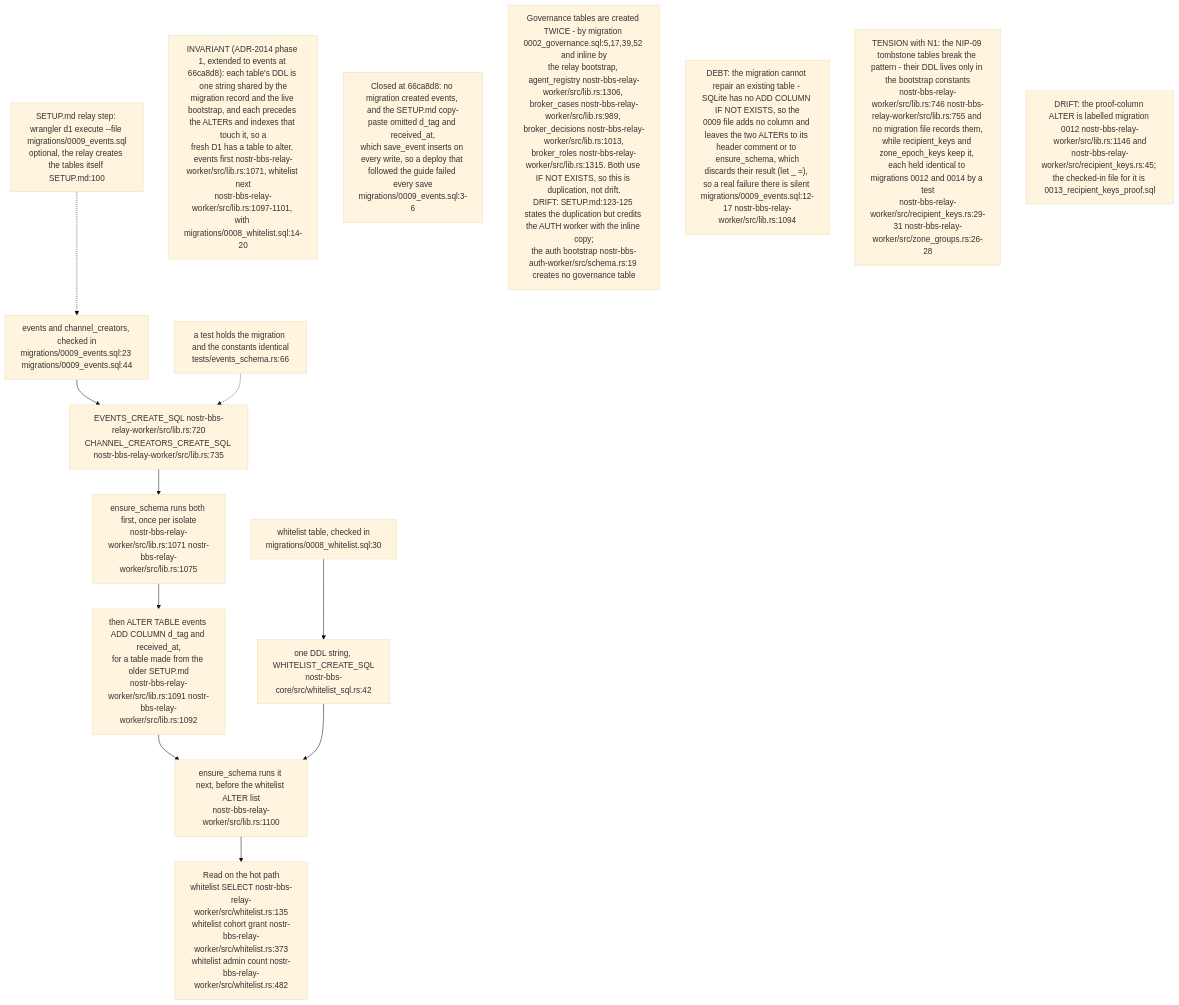
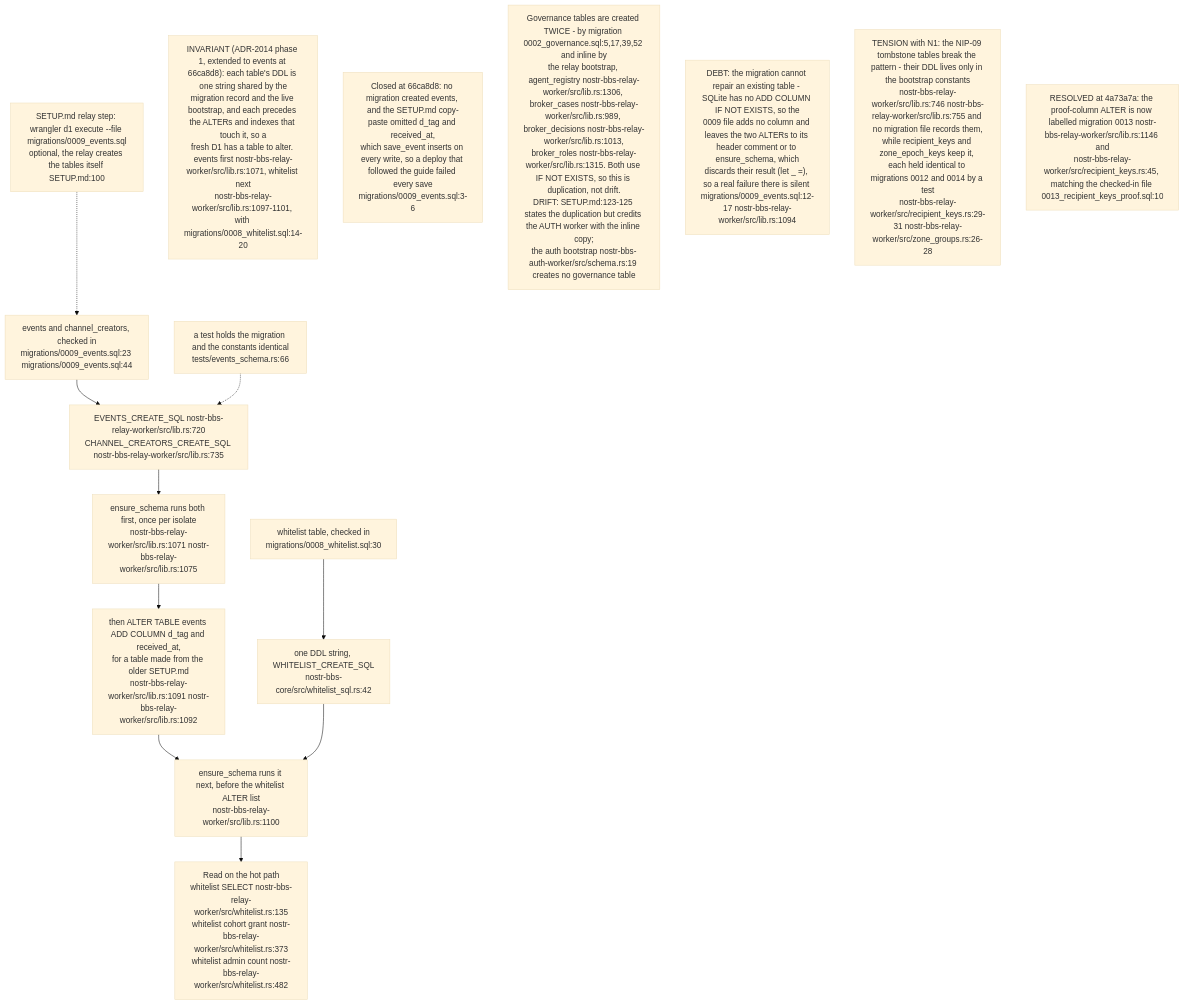
One commit to DreamLab-AI/VisionFlow changed the sixth of 13 diagrams in docs/diagrams/nostr-rust-forum/08-config-zones-stores-and-admin-authority.md. Above: the diagram before and after it, drawn with Mermaid (base theme). The commit also changed other lines of this file and 11 other files, not shown here.

````diff
--- a/docs/diagrams/nostr-rust-forum/08-config-zones-stores-and-admin-authority.md
+++ b/docs/diagrams/nostr-rust-forum/08-config-zones-stores-and-admin-authority.md
@@ -227,28 +228,28 @@
 ```mermaid
 flowchart TB
     SETUP["SETUP.md relay step: wrangler d1 execute --file migrations/0009_events.sql<br/>optional, the relay creates the tables itself SETUP.md:100"]
     MIGE["events and channel_creators, checked in<br/>migrations/0009_events.sql:23 migrations/0009_events.sql:44"]
     CONSTE["EVENTS_CREATE_SQL nostr-bbs-relay-worker/src/lib.rs:720<br/>CHANNEL_CREATORS_CREATE_SQL nostr-bbs-relay-worker/src/lib.rs:735"]
     TEST["a test holds the migration and the constants identical<br/>tests/events_schema.rs:66"]
     ENSE["ensure_schema runs both first, once per isolate<br/>nostr-bbs-relay-worker/src/lib.rs:1071 nostr-bbs-relay-worker/src/lib.rs:1075"]
     ALT["then ALTER TABLE events ADD COLUMN d_tag and received_at,<br/>for a table made from the older SETUP.md<br/>nostr-bbs-relay-worker/src/lib.rs:1091 nostr-bbs-relay-worker/src/lib.rs:1092"]
     MIG["whitelist table, checked in<br/>migrations/0008_whitelist.sql:30"]
     CORE["one DDL string, WHITELIST_CREATE_SQL<br/>nostr-bbs-core/src/whitelist_sql.rs:42"]
     ENS["ensure_schema runs it next, before the whitelist ALTER list<br/>nostr-bbs-relay-worker/src/lib.rs:1100"]
     READERS["Read on the hot path<br/>whitelist SELECT nostr-bbs-relay-worker/src/whitelist.rs:135<br/>whitelist cohort grant nostr-bbs-relay-worker/src/whitelist.rs:373<br/>whitelist admin count nostr-bbs-relay-worker/src/whitelist.rs:482"]
 
     SETUP -.-> MIGE
     MIGE --> CONSTE
     TEST -.-> CONSTE
     CONSTE --> ENSE --> ALT --> ENS
     MIG --> CORE
     CORE --> ENS
     ENS --> READERS
 
     N1["INVARIANT (ADR-2014 phase 1, extended to events at 66ca8d8): each table's DDL is one string shared by the<br/>migration record and the live bootstrap, and each precedes the ALTERs and indexes that touch it, so a<br/>fresh D1 has a table to alter. events first nostr-bbs-relay-worker/src/lib.rs:1071, whitelist next<br/>nostr-bbs-relay-worker/src/lib.rs:1097-1101, with migrations/0008_whitelist.sql:14-20"]
     N2["Closed at 66ca8d8: no migration created events, and the SETUP.md copy-paste omitted d_tag and received_at,<br/>which save_event inserts on every write, so a deploy that followed the guide failed every save<br/>migrations/0009_events.sql:3-6"]
     N3["Governance tables are created TWICE - by migration 0002_governance.sql:5,17,39,52 and inline by<br/>the relay bootstrap, agent_registry nostr-bbs-relay-worker/src/lib.rs:1306, broker_cases nostr-bbs-relay-worker/src/lib.rs:989, broker_decisions nostr-bbs-relay-worker/src/lib.rs:1013,<br/>broker_roles nostr-bbs-relay-worker/src/lib.rs:1315. Both use IF NOT EXISTS, so this is duplication, not drift.<br/>DRIFT: SETUP.md:123-125 states the duplication but credits the AUTH worker with the inline copy;<br/>the auth bootstrap nostr-bbs-auth-worker/src/schema.rs:19 creates no governance table"]
     N4["DEBT: the migration cannot repair an existing table - SQLite has no ADD COLUMN IF NOT EXISTS, so the<br/>0009 file adds no column and leaves the two ALTERs to its header comment or to ensure_schema, which<br/>discards their result (let _ =), so a real failure there is silent migrations/0009_events.sql:12-17 nostr-bbs-relay-worker/src/lib.rs:1094"]
     N5["TENSION with N1: the NIP-09 tombstone tables break the pattern - their DDL lives only in the bootstrap constants<br/>nostr-bbs-relay-worker/src/lib.rs:746 nostr-bbs-relay-worker/src/lib.rs:755 and no migration file records them,<br/>while recipient_keys and zone_epoch_keys keep it, each held identical to migrations 0012 and 0014 by a test<br/>nostr-bbs-relay-worker/src/recipient_keys.rs:29-31 nostr-bbs-relay-worker/src/zone_groups.rs:26-28"]
-    N6["DRIFT: the proof-column ALTER is labelled migration 0012 nostr-bbs-relay-worker/src/lib.rs:1146 and<br/>nostr-bbs-relay-worker/src/recipient_keys.rs:45; the checked-in file for it is 0013_recipient_keys_proof.sql"]
+    N6["RESOLVED at 4a73a7a: the proof-column ALTER is now labelled migration 0013 nostr-bbs-relay-worker/src/lib.rs:1146 and<br/>nostr-bbs-relay-worker/src/recipient_keys.rs:45, matching the checked-in file 0013_recipient_keys_proof.sql:10"]
 ```
````
